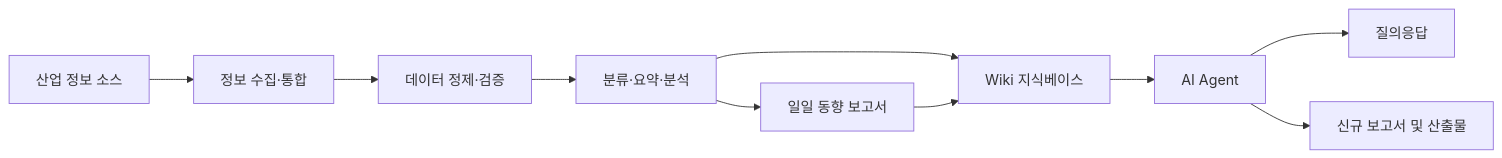
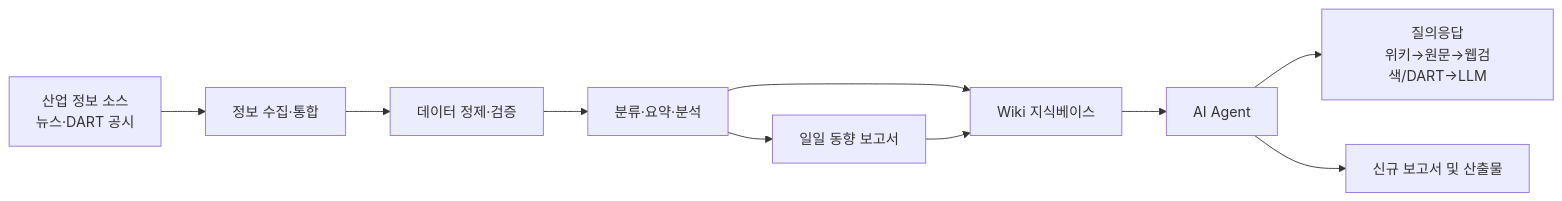
One commit to yoobinkim541/SK_Suni_5th_project-myWiki changed the first of 2 diagrams in README.md. Above: the diagram before and after it, drawn with Mermaid. The commit also changed other lines of this file and 13 other files, not shown here.

````diff
--- a/README.md
+++ b/README.md
@@ -71,12 +125,12 @@
 ```mermaid
 flowchart LR
-    A[산업 정보 소스] --> B[정보 수집·통합]
+    A[산업 정보 소스<br/>뉴스·DART 공시] --> B[정보 수집·통합]
     B --> C[데이터 정제·검증]
     C --> D[분류·요약·분석]
     D --> E[일일 동향 보고서]
     D --> F[Wiki 지식베이스]
     E --> F
     F --> G[AI Agent]
-    G --> H[질의응답]
+    G --> H[질의응답<br/>위키→원문→웹검색/DART→LLM]
     G --> I[신규 보고서 및 산출물]
 ```
````
